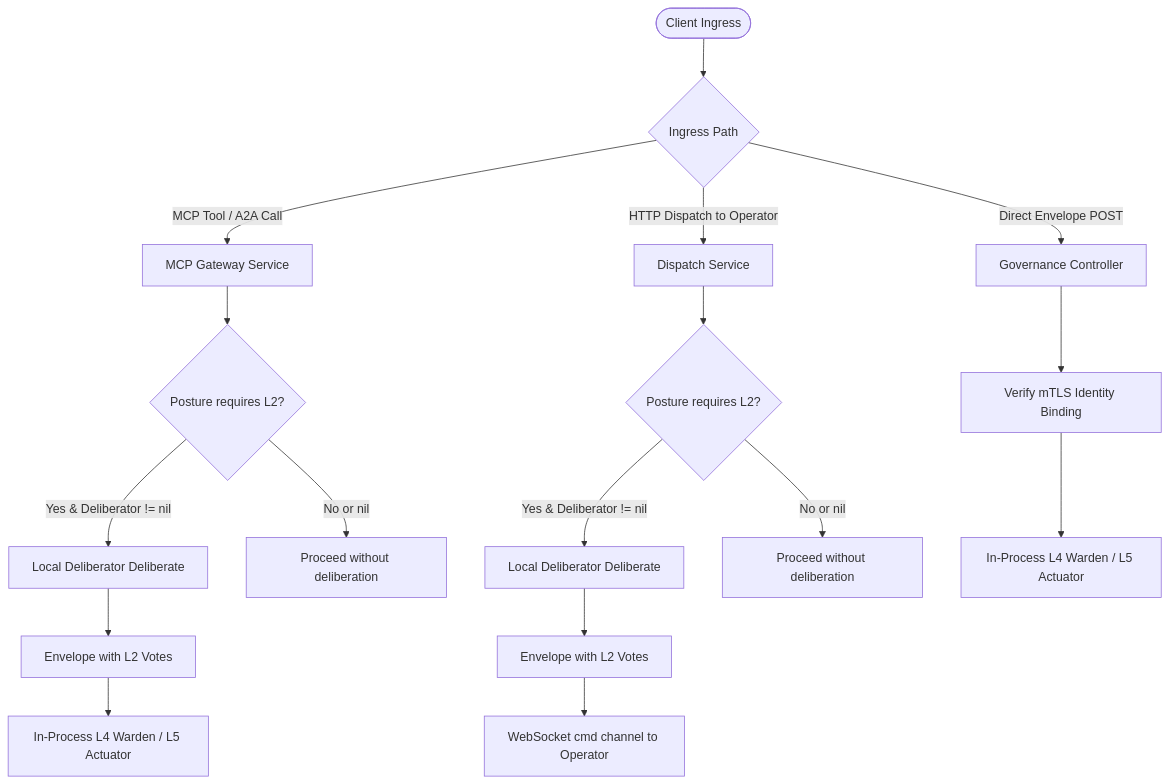
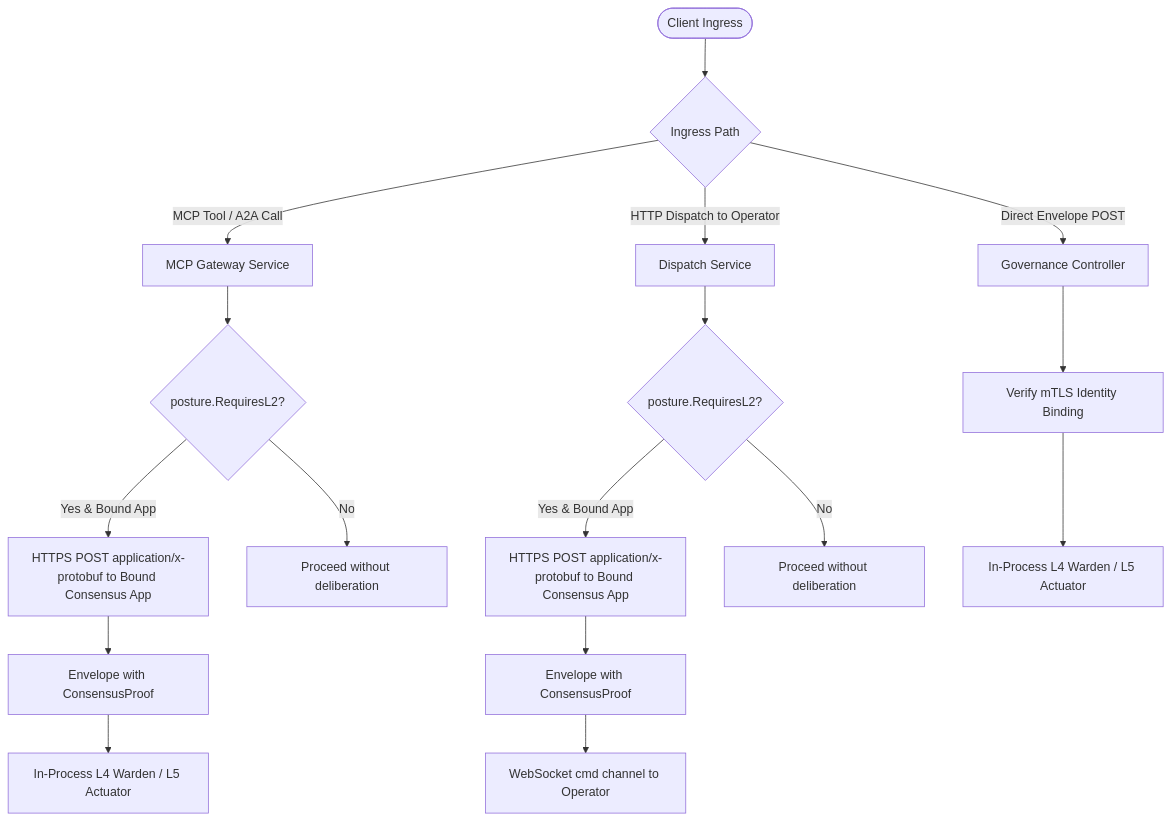
The diagram in docs/architecture/consensus.md (zerotrustdata/ztd), drawn with Mermaid before and after one commit. The commit also changed other lines of this file and 586 other files, not shown here.

````diff
--- a/docs/architecture/consensus.md
+++ b/docs/architecture/consensus.md
@@ -173,26 +158,26 @@
 ```mermaid
 flowchart TD
     Client([Client Ingress]) --> IngressType{Ingress Path}
     
     IngressType -->|MCP Tool / A2A Call| MCPGateway[MCP Gateway Service]
     IngressType -->|HTTP Dispatch to Operator| DispatchSvc[Dispatch Service]
     IngressType -->|Direct Envelope POST| DirectGov[Governance Controller]
     
-    MCPGateway --> CheckL2A{Posture requires L2?}
-    DispatchSvc --> CheckL2B{Posture requires L2?}
+    MCPGateway --> CheckL2A{posture.RequiresL2?}
+    DispatchSvc --> CheckL2B{posture.RequiresL2?}
     
-    CheckL2A -->|Yes & Deliberator != nil| LocalDelibA[Local Deliberator Deliberate]
-    CheckL2A -->|No or nil| SkipDelibA[Proceed without deliberation]
+    CheckL2A -->|Yes & Bound App| HTTPSDelibA[HTTPS POST application/x-protobuf to Bound Consensus App]
+    CheckL2A -->|No| SkipDelibA[Proceed without deliberation]
     
-    CheckL2B -->|Yes & Deliberator != nil| LocalDelibB[Local Deliberator Deliberate]
-    CheckL2B -->|No or nil| SkipDelibB[Proceed without deliberation]
+    CheckL2B -->|Yes & Bound App| HTTPSDelibB[HTTPS POST application/x-protobuf to Bound Consensus App]
+    CheckL2B -->|No| SkipDelibB[Proceed without deliberation]
     
-    LocalDelibA --> PopulatedEnvelopeA[Envelope with L2 Votes]
-    LocalDelibB --> PopulatedEnvelopeB[Envelope with L2 Votes]
+    HTTPSDelibA --> PopulatedEnvelopeA[Envelope with ConsensusProof]
+    HTTPSDelibB --> PopulatedEnvelopeB[Envelope with ConsensusProof]
     
     PopulatedEnvelopeA --> InProcessL4[In-Process L4 Warden / L5 Actuator]
     PopulatedEnvelopeB --> OutboundPubSub[WebSocket cmd channel to Operator]
     
     DirectGov --> VerifyIdentity[Verify mTLS Identity Binding]
     VerifyIdentity --> DirectL4[In-Process L4 Warden / L5 Actuator]
 ```
````
